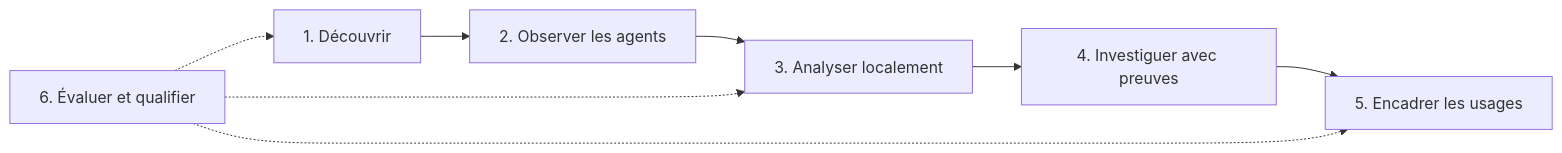
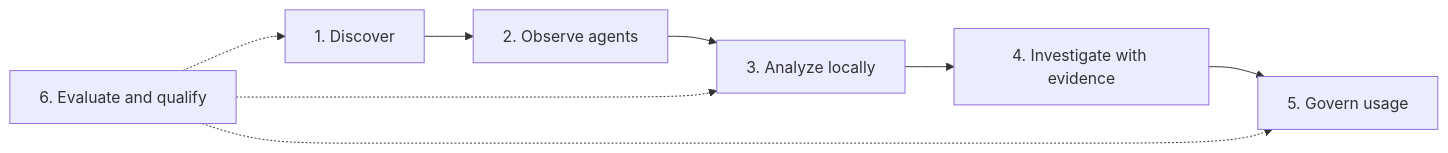
The diagram in docs/roadmap.md (alebgl77/open-shadow-ai), drawn with Mermaid before and after one commit. The commit also changed other lines of this file and 51 other files, not shown here.

````diff
--- a/docs/roadmap.md
+++ b/docs/roadmap.md
@@ -24,8 +29,8 @@
 ```mermaid
 flowchart LR
-    A["1. Découvrir"] --> B["2. Observer les agents"] --> C["3. Analyser localement"]
-    C --> D["4. Investiguer avec preuves"] --> E["5. Encadrer les usages"]
-    F["6. Évaluer et qualifier"] -.-> A
+    A["1. Discover"] --> B["2. Observe agents"] --> C["3. Analyze locally"]
+    C --> D["4. Investigate with evidence"] --> E["5. Govern usage"]
+    F["6. Evaluate and qualify"] -.-> A
     F -.-> C
     F -.-> E
 ```
````
